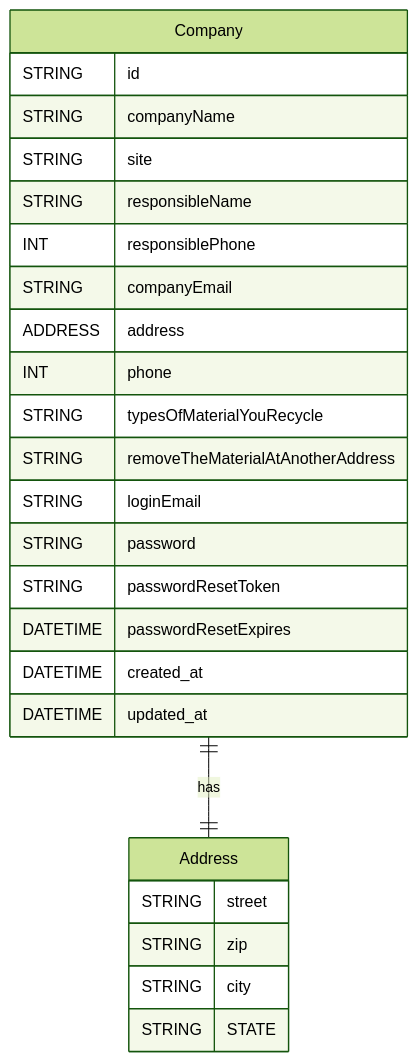
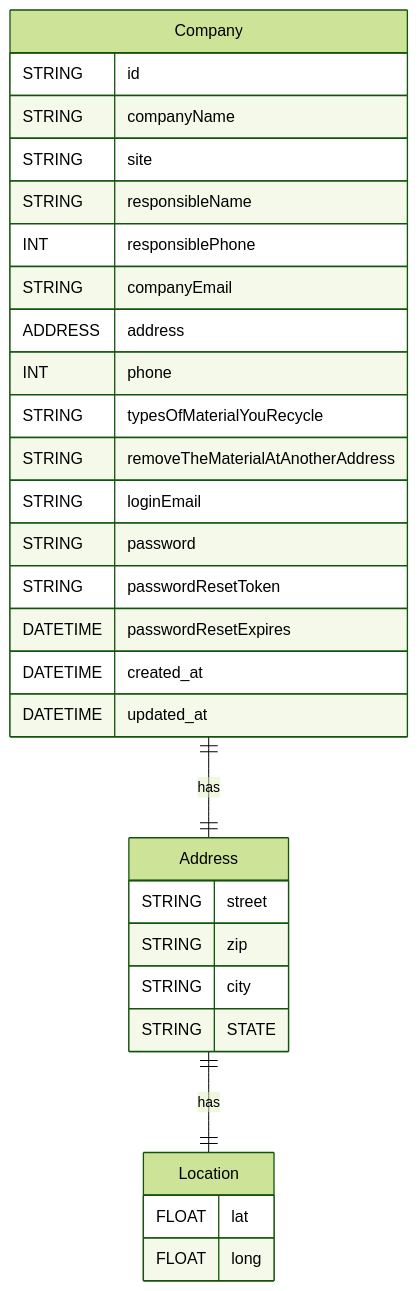
One commit to csvjunior/backend-recollect changed the diagram in README.md. Above: the diagram before and after it, drawn with Mermaid (forest theme). The commit also changed other lines of this file and 1 other file, not shown here.

Commit message:
adicionando location company

````diff
--- a/README.md
+++ b/README.md
@@ -8,28 +7,33 @@
 ```mermaid
 erDiagram
     Company ||--|| Address: has
     Company{
         STRING id
         STRING companyName
         STRING site
         STRING responsibleName
         INT responsiblePhone
         STRING companyEmail
         ADDRESS address
         INT phone
         STRING typesOfMaterialYouRecycle
         STRING removeTheMaterialAtAnotherAddress
         STRING loginEmail
         STRING password
         STRING passwordResetToken
         DATETIME passwordResetExpires
         DATETIME created_at
         DATETIME updated_at
     }
     Address {
         STRING street
         STRING zip
         STRING city
         STRING STATE
     }
+    Address ||--|| Location: has
+    Location{
+        FLOAT lat
+        FLOAT long
+    }
 ```
````
